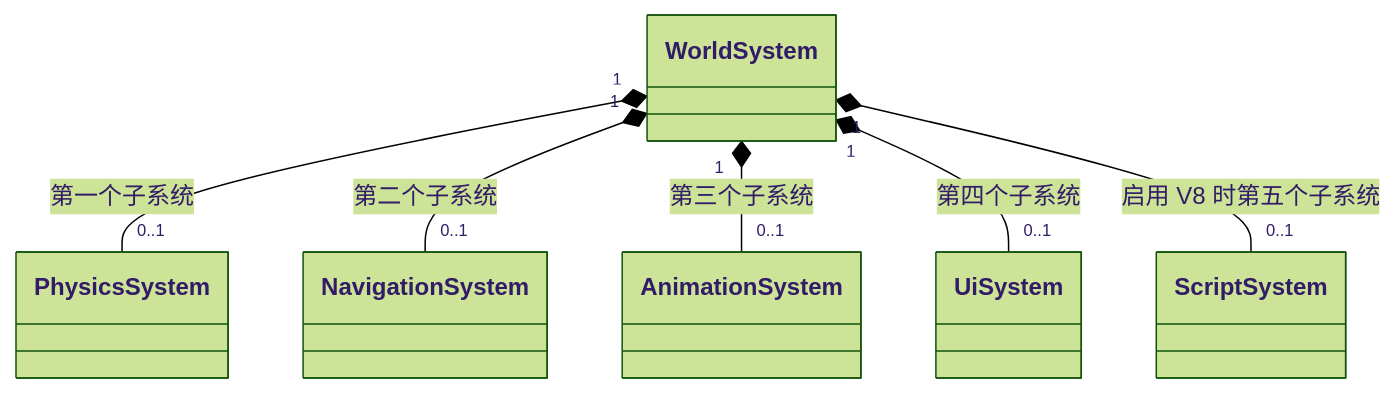
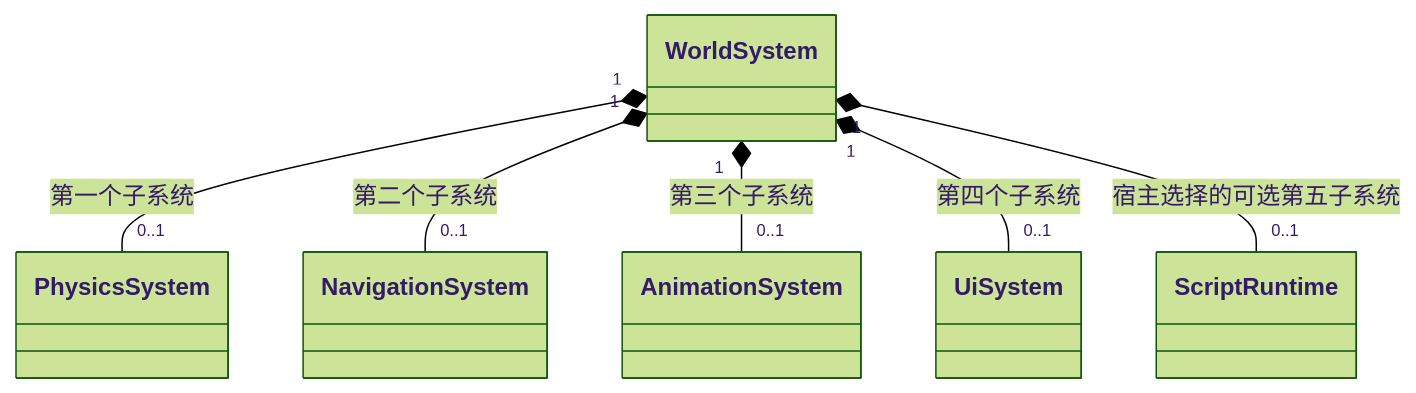
Before and after one commit to lcals/Engine: the fourth of 30 diagrams in docs/class-diagrams/references.md, drawn with Mermaid (forest theme). The commit also changed other lines of this file and 188 other files, not shown here.

````diff
--- a/docs/class-diagrams/references.md
+++ b/docs/class-diagrams/references.md
@@ -99,15 +102,15 @@
 ```mermaid
 classDiagram
     direction TB
     class WorldSystem
     class PhysicsSystem
     class NavigationSystem
     class AnimationSystem
     class UiSystem
-    class ScriptSystem
+    class ScriptRuntime
     WorldSystem "1" *-- "0..1" PhysicsSystem : 第一个子系统
     WorldSystem "1" *-- "0..1" NavigationSystem : 第二个子系统
     WorldSystem "1" *-- "0..1" AnimationSystem : 第三个子系统
     WorldSystem "1" *-- "0..1" UiSystem : 第四个子系统
-    WorldSystem "1" *-- "0..1" ScriptSystem : 启用 V8 时第五个子系统
+    WorldSystem "1" *-- "0..1" ScriptRuntime : 宿主选择的可选第五子系统
 ```
````
